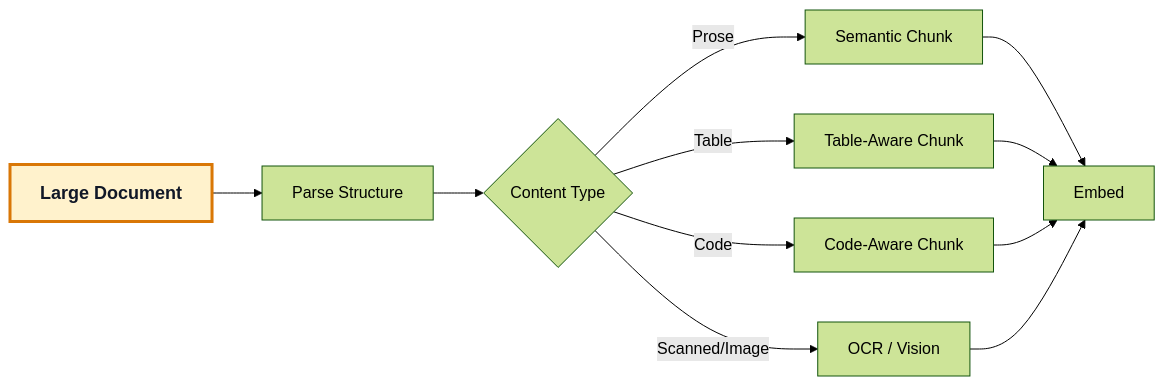
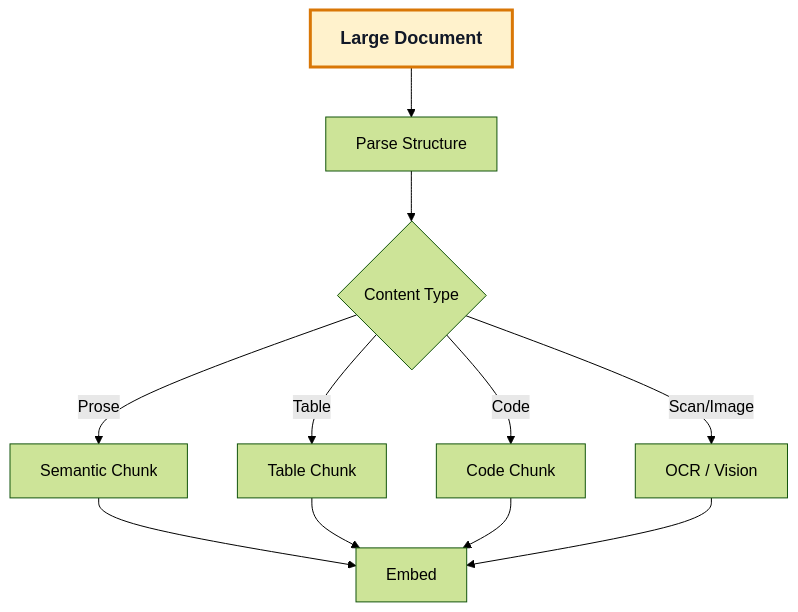
The third of 26 diagrams in AI-Engineer-Interview-Questions-2026.md (azam123/awesome-ai-engineer), drawn with Mermaid (forest theme) before and after one commit. The commit also changed other lines of this file, not shown here.

Commit message:
docs: make Mermaid diagrams fit narrow screens

````diff
--- a/AI-Engineer-Interview-Questions-2026.md
+++ b/AI-Engineer-Interview-Questions-2026.md
@@ -309,17 +309,17 @@
 ```mermaid
-flowchart LR
+flowchart TD
 A[Large Document] --> B[Parse Structure]
 B --> C{Content Type}
 C -->|Prose| D[Semantic Chunk]
-C -->|Table| E[Table-Aware Chunk]
-C -->|Code| F[Code-Aware Chunk]
-C -->|Scanned/Image| G[OCR / Vision]
+C -->|Table| E[Table Chunk]
+C -->|Code| F[Code Chunk]
+C -->|Scan/Image| G[OCR / Vision]
 D --> H[Embed]
 E --> H
 F --> H
 G --> H
 class A yellow
 classDef yellow fill:#FFF2CC,stroke:#D97706,stroke-width:3px,color:#111827,font-size:18px,font-weight:bold;
 classDef blue fill:#DDEBF7,stroke:#2563EB,stroke-width:3px,color:#111827,font-size:18px,font-weight:bold;
 classDef green fill:#E2F0D9,stroke:#15803D,stroke-width:3px,color:#111827,font-size:18px,font-weight:bold;
 ```
````
